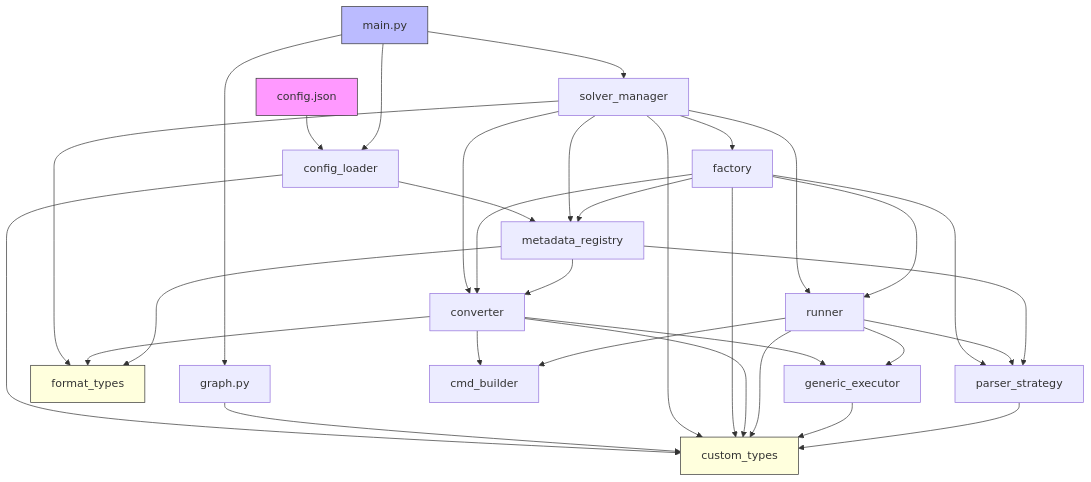
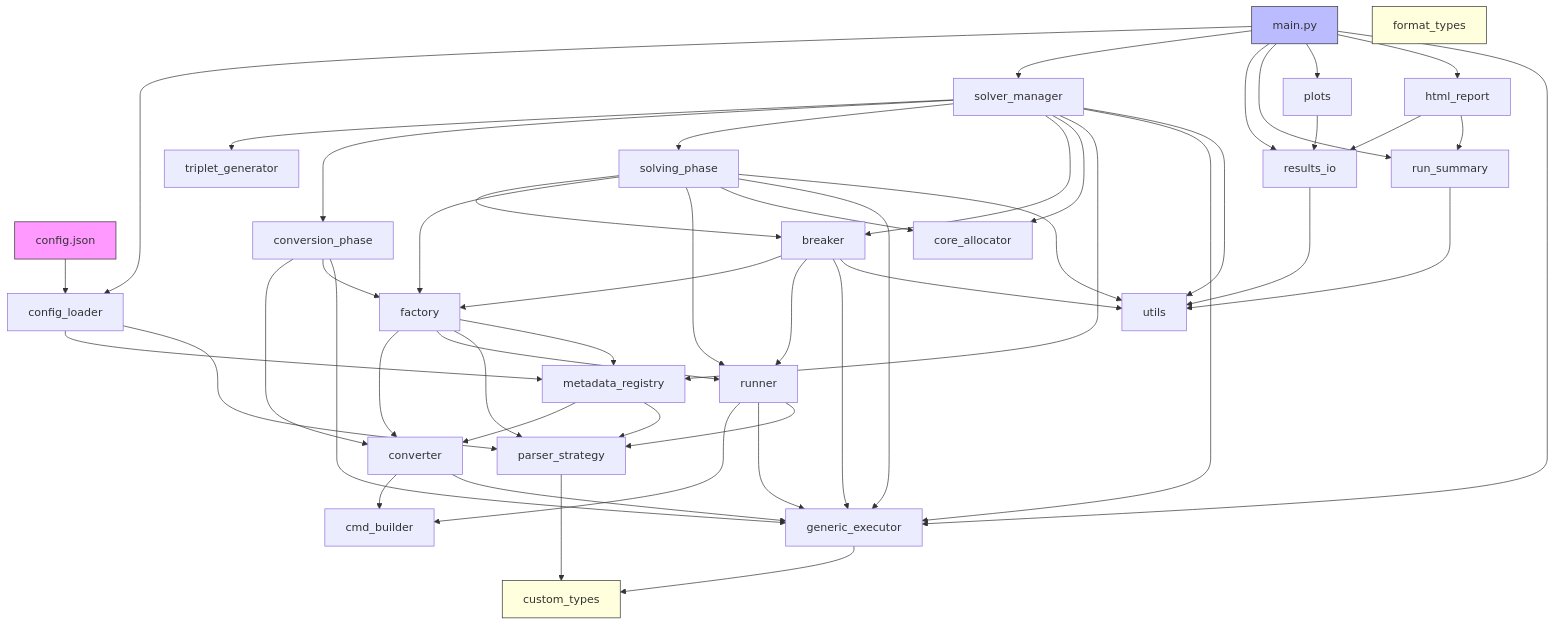
Before and after one commit to Fremal31/Comparison-of-SAT-solvers-in-combinatorics: the first of 5 diagrams in ARCHITECTURE.md, drawn with Mermaid. The commit also changed other lines of this file and 1 other file, not shown here.

Commit message:
updated README and ARCHITECTURE

````diff
--- a/ARCHITECTURE.md
+++ b/ARCHITECTURE.md
@@ -22,49 +24,69 @@
 ```mermaid
 graph TD
     config_json[config.json] --> config_loader
 
     main[main.py] --> config_loader
     main --> solver_manager
-    main --> graphmod[graph.py]
+    main --> results_io
+    main --> run_summary
+    main --> plots
+    main --> html_report
+    main --> generic_executor
 
     config_loader --> metadata_registry
-    config_loader --> custom_types
+    config_loader --> parser_strategy
 
-    graphmod --> custom_types
+    solver_manager --> triplet_generator
+    solver_manager --> conversion_phase
+    solver_manager --> solving_phase
+    solver_manager --> breaker
+    solver_manager --> core_allocator
+    solver_manager --> metadata_registry
+    solver_manager --> generic_executor
+    solver_manager --> utils
 
-    solver_manager --> factory
-    solver_manager --> metadata_registry
-    solver_manager --> converter
-    solver_manager --> runner
-    solver_manager --> custom_types
-    solver_manager --> format_types
+    conversion_phase --> converter
+    conversion_phase --> factory
+    conversion_phase --> generic_executor
+
+    solving_phase --> breaker
+    solving_phase --> factory
+    solving_phase --> runner
+    solving_phase --> core_allocator
+    solving_phase --> generic_executor
+    solving_phase --> utils
+
+    breaker --> factory
+    breaker --> runner
+    breaker --> generic_executor
+    breaker --> utils
 
     factory --> converter
     factory --> runner
     factory --> parser_strategy
     factory --> metadata_registry
-    factory --> custom_types
 
     converter --> cmd_builder
     converter --> generic_executor
-    converter --> custom_types
-    converter --> format_types
 
     runner --> cmd_builder
     runner --> generic_executor
     runner --> parser_strategy
-    runner --> custom_types
-
-    generic_executor --> custom_types
 
     metadata_registry --> converter
     metadata_registry --> parser_strategy
-    metadata_registry --> format_types
 
+    generic_executor --> custom_types
     parser_strategy --> custom_types
+
+    html_report --> results_io
+    html_report --> run_summary
+    plots --> results_io
+    results_io --> utils
+    run_summary --> utils
 
     style config_json fill:#f9f,stroke:#333
     style main fill:#bbf,stroke:#333
     style custom_types fill:#ffd,stroke:#333
     style format_types fill:#ffd,stroke:#333
 ```
````
